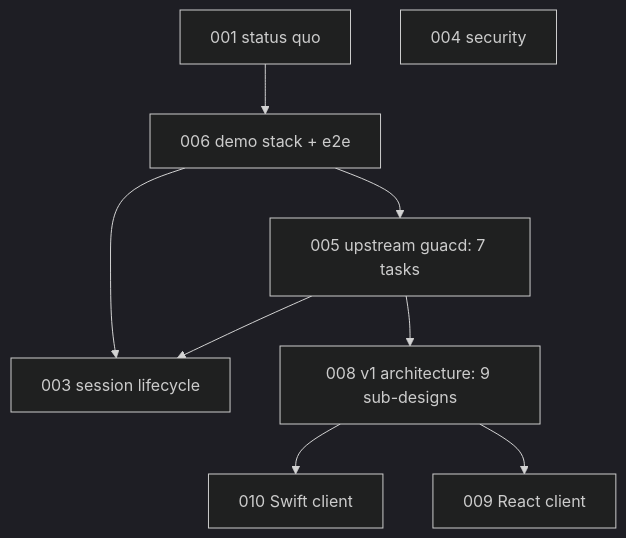
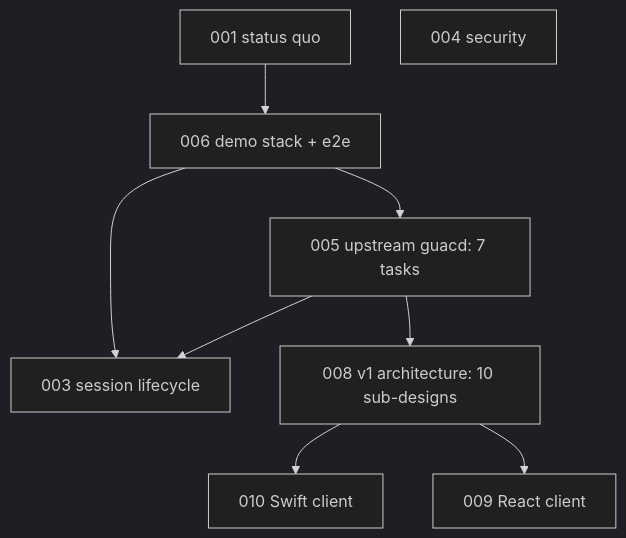
One commit to changkun/occamy changed the diagram in specs/README.md. Above: the diagram before and after it, drawn with Mermaid (dark theme). The commit also changed other lines of this file and 5 other files, not shown here.

````diff
--- a/specs/README.md
+++ b/specs/README.md
@@ -87,11 +87,11 @@
 ```mermaid
 flowchart TD
   s001[001 status quo] --> s006[006 demo stack + e2e]
   s006 --> s005[005 upstream guacd: 7 tasks]
   s006 --> s003[003 session lifecycle]
   s005 --> s003
-  s005 --> s008[008 v1 architecture: 9 sub-designs]
+  s005 --> s008[008 v1 architecture: 10 sub-designs]
   s008 --> s010[010 Swift client]
   s008 --> s009[009 React client]
   s004[004 security]
 ```
````
